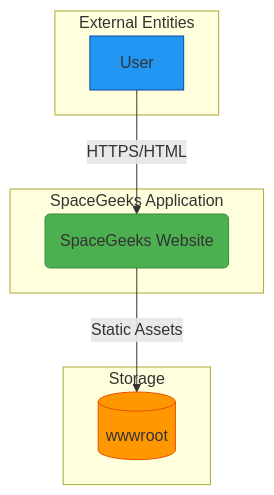
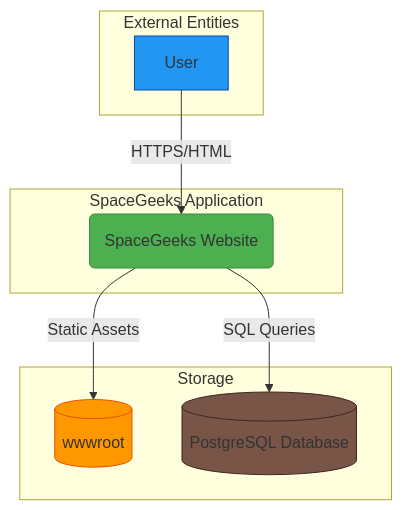
The diagram in docs/architecture/system-context.md (gjduggins/SpaceGeeks), drawn with Mermaid before and after one commit. The commit also changed 4 other files, not shown here.

First line of the commit message:
feat: Add PostgreSQL migration architecture documentation

````diff
--- a/docs/architecture/system-context.md
+++ b/docs/architecture/system-context.md
@@ -9,21 +9,24 @@
 ```mermaid
 graph TD
     A[User] -->|HTTPS/HTML| B(SpaceGeeks Website)
     B -->|Static Assets| C[(wwwroot)]
+    B -->|SQL Queries| D[(PostgreSQL Database)]
     
     subgraph "SpaceGeeks Application"
         B
     end
     
     subgraph "External Entities"
         A
     end
     
     subgraph "Storage"
         C
+        D
     end
     
     style B fill:#4CAF50,stroke:#388E3C
     style A fill:#2196F3,stroke:#0D47A1
     style C fill:#FF9800,stroke:#E65100
+    style D fill:#795548,stroke:#3E2723
 ```
````
